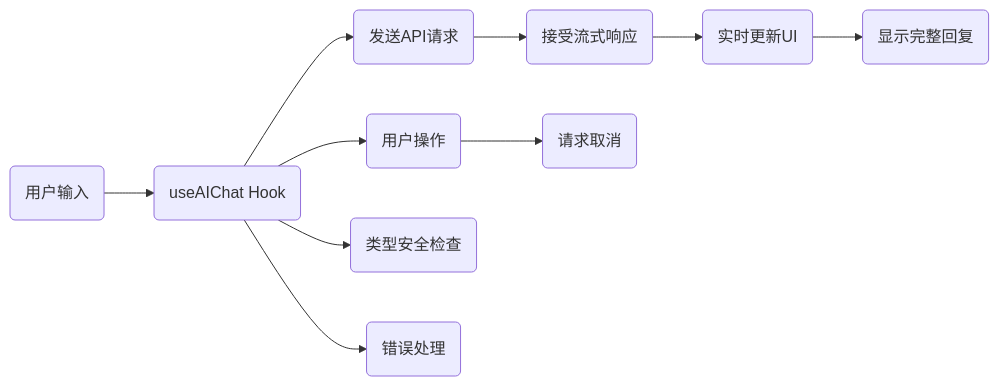
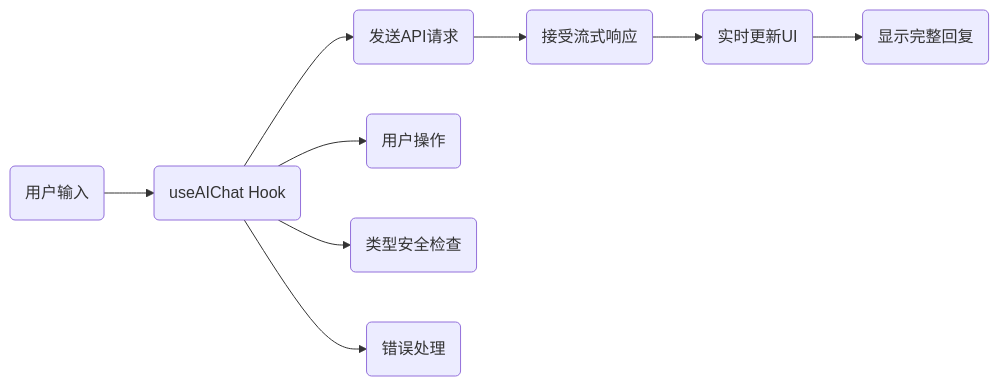
The second of 3 diagrams in AI/programming/AI前端之01-TS泛型接口+SSE.md (honggzb/Study-General), drawn with Mermaid before and after one commit.

````diff
--- a/AI/programming/AI前端之01-TS泛型接口+SSE.md
+++ b/AI/programming/AI前端之01-TS泛型接口+SSE.md
@@ -179,9 +179,8 @@
 ```mermaid
 flowchart LR
    用户输入(用户输入)  --> useAIChat(useAIChat Hook)
    useAIChat --> 发送API请求(发送API请求) --> 接受流式响应(接受流式响应) --> 实时更新UI(实时更新UI) --> 显示完整回复(显示完整回复)
    useAIChat  --> 用户操作(用户操作)
    useAIChat  --> 类型安全检查(类型安全检查)
    useAIChat  --> 错误处理(错误处理)
-   用户操作  --> 请求取消(请求取消)
 ```
````
